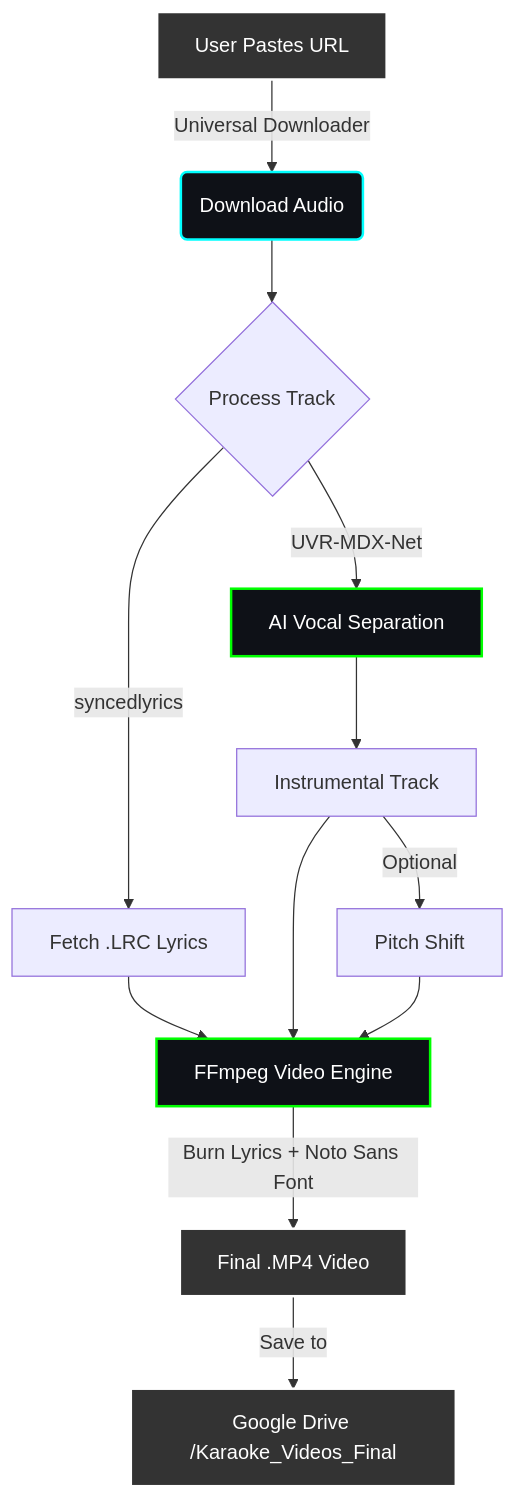
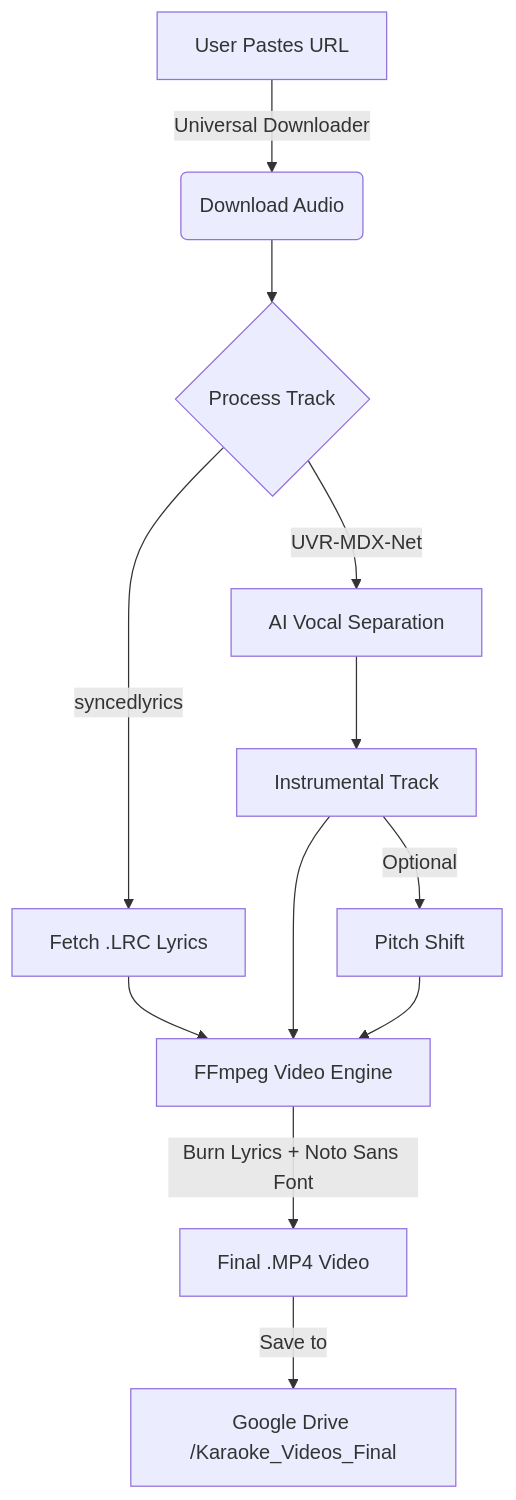
Before and after one commit to vg2601/Karaoke-Cloud: the diagram in README.md, drawn with Mermaid. The commit also changed other lines of this file, not shown here.

````diff
--- a/README.md
+++ b/README.md
@@ -39,31 +34,21 @@
 ```mermaid
 graph TD
     %% Input Stage
     A[User Pastes URL] -->|Universal Downloader| B(Download Audio)
     B --> C{Process Track}
     
     %% AI Processing
     C -->|syncedlyrics| D[Fetch .LRC Lyrics]
     C -->|UVR-MDX-Net| E[AI Vocal Separation]
     
     %% Audio Output
     E --> F[Instrumental Track]
     F -->|Optional| G[Pitch Shift]
     
     %% Video Generation
     D & F & G --> H[FFmpeg Video Engine]
     H -->|Burn Lyrics + Noto Sans Font| I[Final .MP4 Video]
     
     %% Storage
     I -->|Save to| J[Google Drive /Karaoke_Videos_Final]
-    
-    %% Styling
-    classDef neonBlue fill:#0e1117,stroke:#00ffff,stroke-width:2px,color:#fff;
-    classDef neonGreen fill:#0e1117,stroke:#00ff00,stroke-width:2px,color:#fff;
-    classDef dark fill:#333,stroke:#fff,stroke-width:2px,color:#fff;
-
-    class A dark;
-    class B neonBlue;
-    class E,H neonGreen;
-    class I,J dark;
 ```
````
